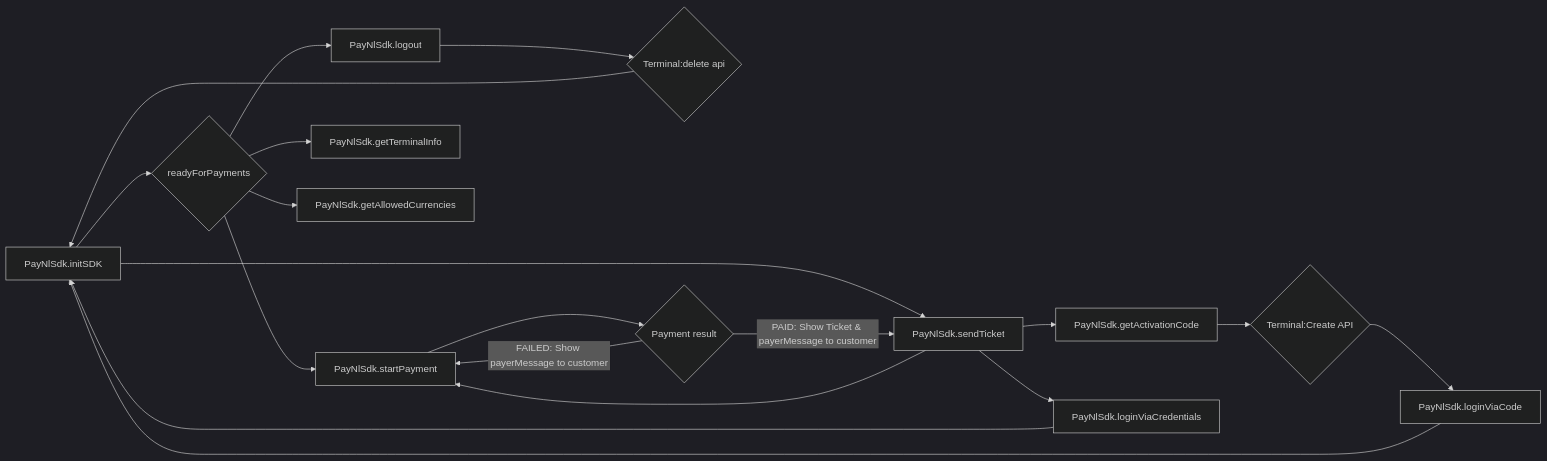
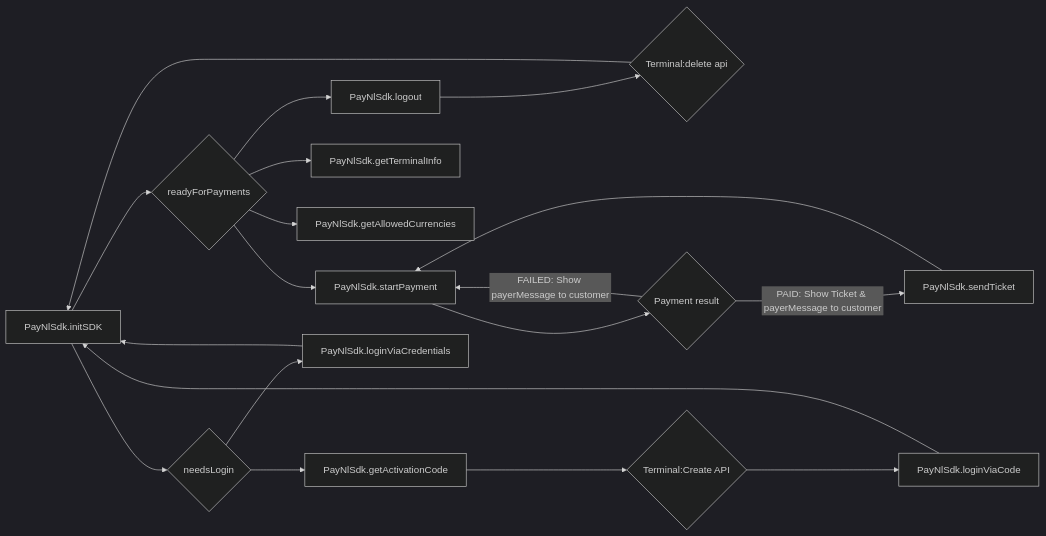
Before and after one commit to paynl/POS.SDK: the diagram in docs/sdk-react-native.md, drawn with Mermaid (dark theme). The commit also changed 2 other files, not shown here.

````diff
--- a/docs/sdk-react-native.md
+++ b/docs/sdk-react-native.md
@@ -103,21 +103,21 @@
 ```mermaid
 flowchart LR;
   A[PayNlSdk.initSDK] --> B{readyForPayments}
   A --> M{needsLogin}
   B --> K[PayNlSdk.logout]
   K --> L{Terminal:delete api}
   L --> A
   B --> F[PayNlSdk.startPayment]
   F --> H{Payment result}
-  H --> |PAID: Show Ticket & payerMessage to customer| M
-  M[PayNlSdk.sendTicket] --> F
+  H --> |PAID: Show Ticket & payerMessage to customer| N
+  N[PayNlSdk.sendTicket] --> F
   H --> |FAILED: Show payerMessage to customer| F
   B --> I[PayNlSdk.getTerminalInfo]
   B --> J[PayNlSdk.getAllowedCurrencies]
   M --> C[PayNlSdk.getActivationCode]
   C --> D{Terminal:Create API}
   D --> E[PayNlSdk.loginViaCode]
   E --> A
   M --> G[PayNlSdk.loginViaCredentials]
   G --> A
 ```
````
